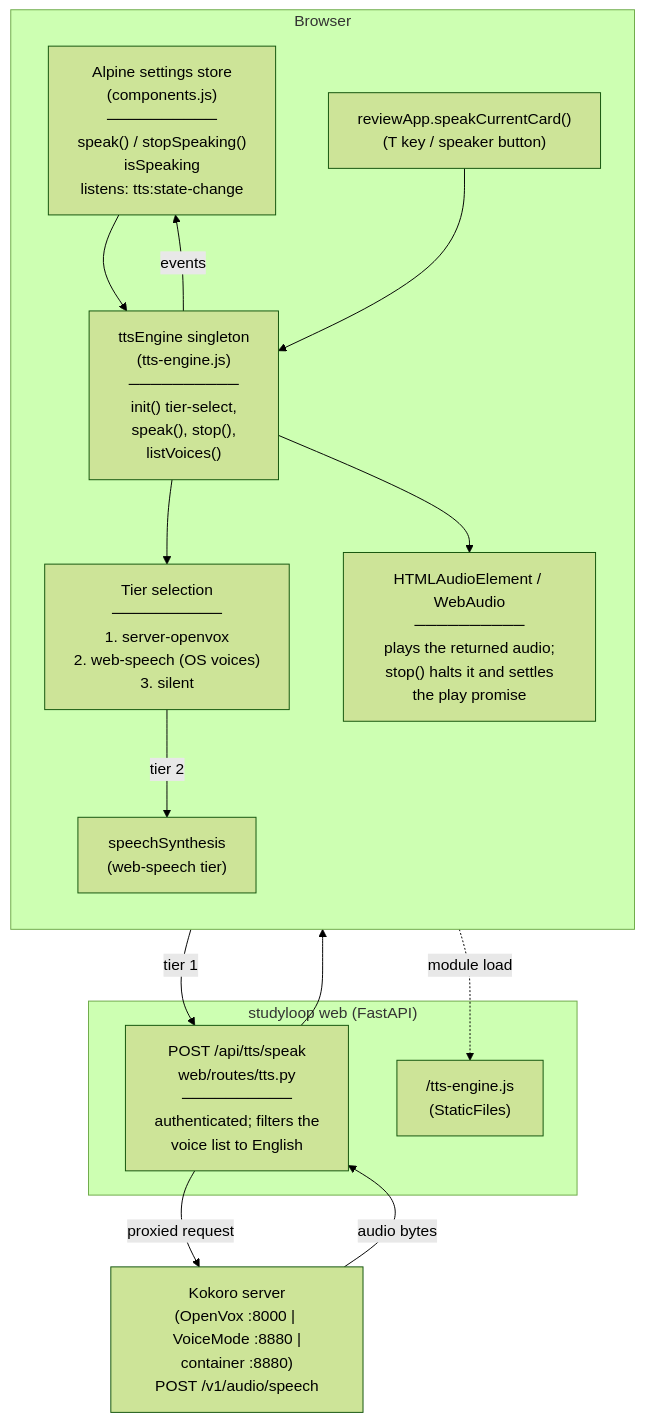
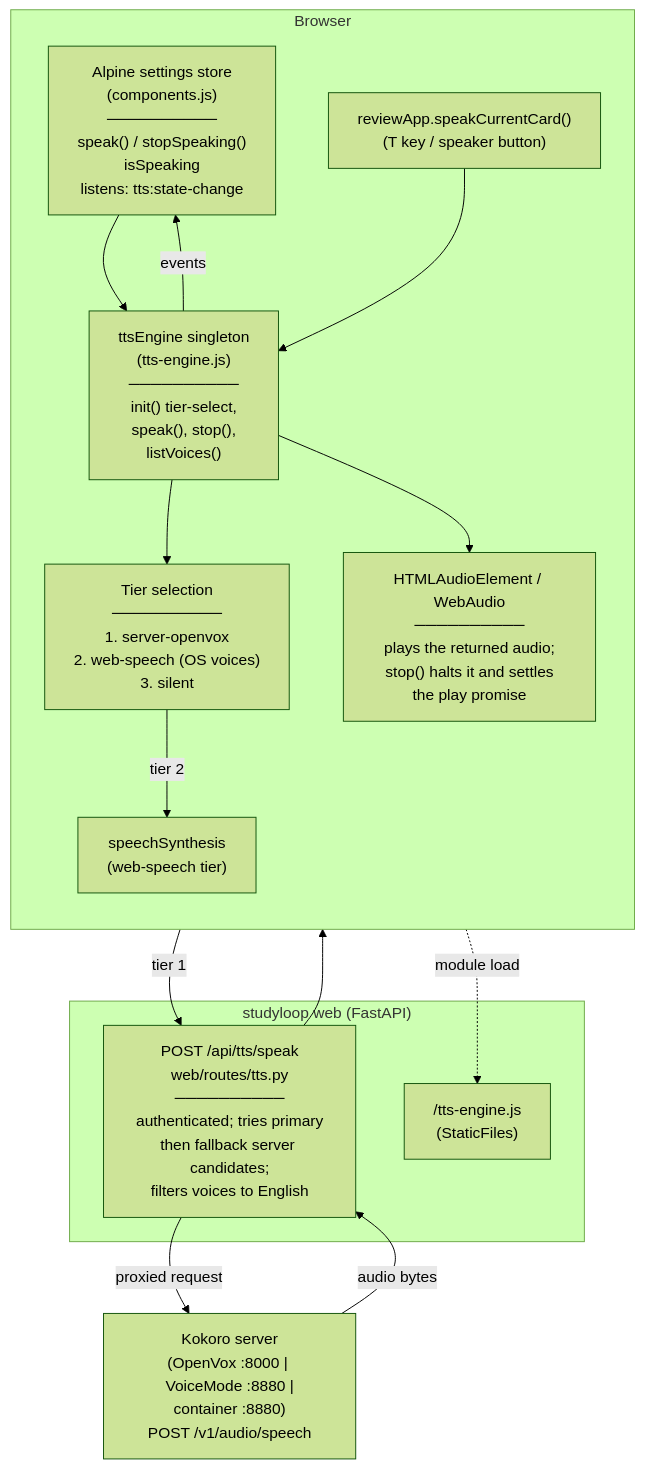
Before and after one commit to NetDevAutomate/StudyLoop: diagram 11 of 13 in docs/architecture/current.md, drawn with Mermaid (forest theme). The commit also changed 5 other files, not shown here.

Commit message:
docs: align voice fallback guidance

````diff
--- a/docs/architecture/current.md
+++ b/docs/architecture/current.md
@@ -707,31 +707,31 @@
 ```mermaid
 flowchart TB
     subgraph Browser["Browser"]
       direction TB
       Settings["Alpine settings store<br/>(components.js)<br/>──────────<br/>speak() / stopSpeaking()<br/>isSpeaking<br/>listens: tts:state-change"]
       Review["reviewApp.speakCurrentCard()<br/>(T key / speaker button)"]
       Engine["ttsEngine singleton<br/>(tts-engine.js)<br/>──────────<br/>init() tier-select,<br/>speak(), stop(),<br/>listVoices()"]
       Tiers["Tier selection<br/>──────────<br/>1. server-openvox<br/>2. web-speech (OS voices)<br/>3. silent"]
       Audio["HTMLAudioElement / WebAudio<br/>──────────<br/>plays the returned audio;<br/>stop() halts it and settles<br/>the play promise"]
       WSA["speechSynthesis<br/>(web-speech tier)"]
     end
 
     subgraph Server["studyloop web (FastAPI)"]
-      Route["POST /api/tts/speak<br/>web/routes/tts.py<br/>──────────<br/>authenticated; filters the<br/>voice list to English"]
+      Route["POST /api/tts/speak<br/>web/routes/tts.py<br/>──────────<br/>authenticated; tries primary<br/>then fallback server candidates;<br/>filters voices to English"]
       Static["/tts-engine.js<br/>(StaticFiles)"]
     end
 
     Kokoro["Kokoro server<br/>(OpenVox :8000 | VoiceMode :8880 |<br/>container :8880)<br/>POST /v1/audio/speech"]
 
     Settings --> Engine
     Review --> Engine
     Engine --> Tiers
     Tiers -->|"tier 1"| Route
     Tiers -->|"tier 2"| WSA
     Engine --> Audio
     Engine -.->|"module load"| Static
     Route -->|"proxied request"| Kokoro
     Kokoro -->|"audio bytes"| Route
     Route --> Audio
     Engine -->|"events"| Settings
 ```
````
